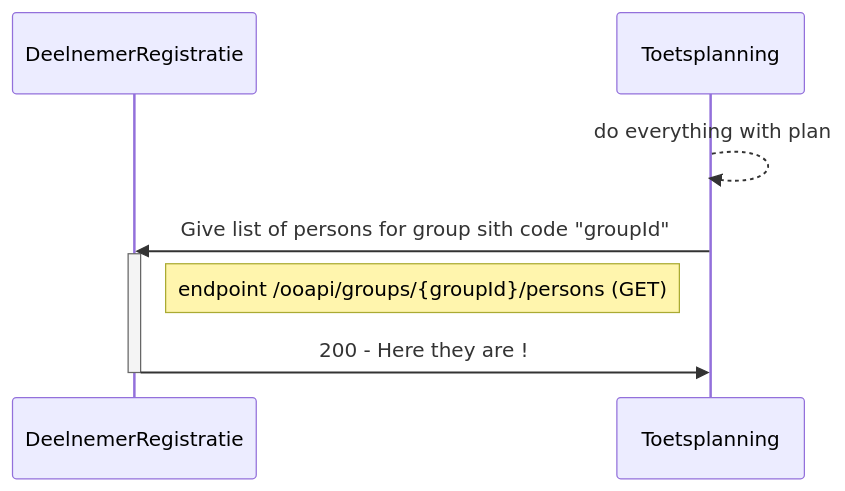
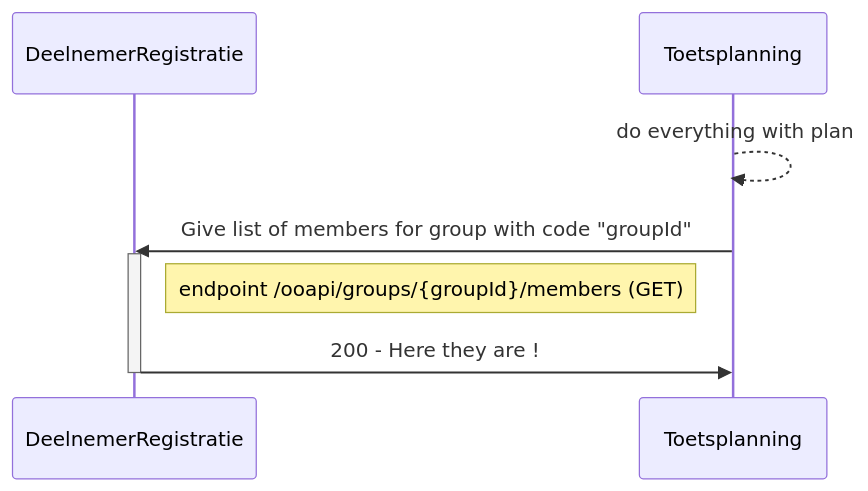
Before and after one commit to NetwerkExamineringDigitalisering/NED-OOAPI: the sixth of 15 diagrams in doc/flow1.md, drawn with Mermaid. The commit also changed other lines of this file, not shown here.

Commit message:
update sequence diagram to reflec other endpoint (members)

````diff
--- a/doc/flow1.md
+++ b/doc/flow1.md
@@ -400,12 +400,12 @@
 ```mermaid
 
 sequenceDiagram
     participant DeelnemerRegistratie
     participant Toetsplanning
     Toetsplanning-->>Toetsplanning: do everything with plan
-    Toetsplanning->>DeelnemerRegistratie : Give list of persons for group sith code "groupId"
+    Toetsplanning->>DeelnemerRegistratie : Give list of members for group with code "groupId"
     activate DeelnemerRegistratie
-    Note right of DeelnemerRegistratie: endpoint /ooapi/groups/{groupId}/persons (GET)
+    Note right of DeelnemerRegistratie: endpoint /ooapi/groups/{groupId}/members (GET)
     DeelnemerRegistratie->>Toetsplanning : 200 - Here they are !
     deactivate DeelnemerRegistratie
 ```
````
